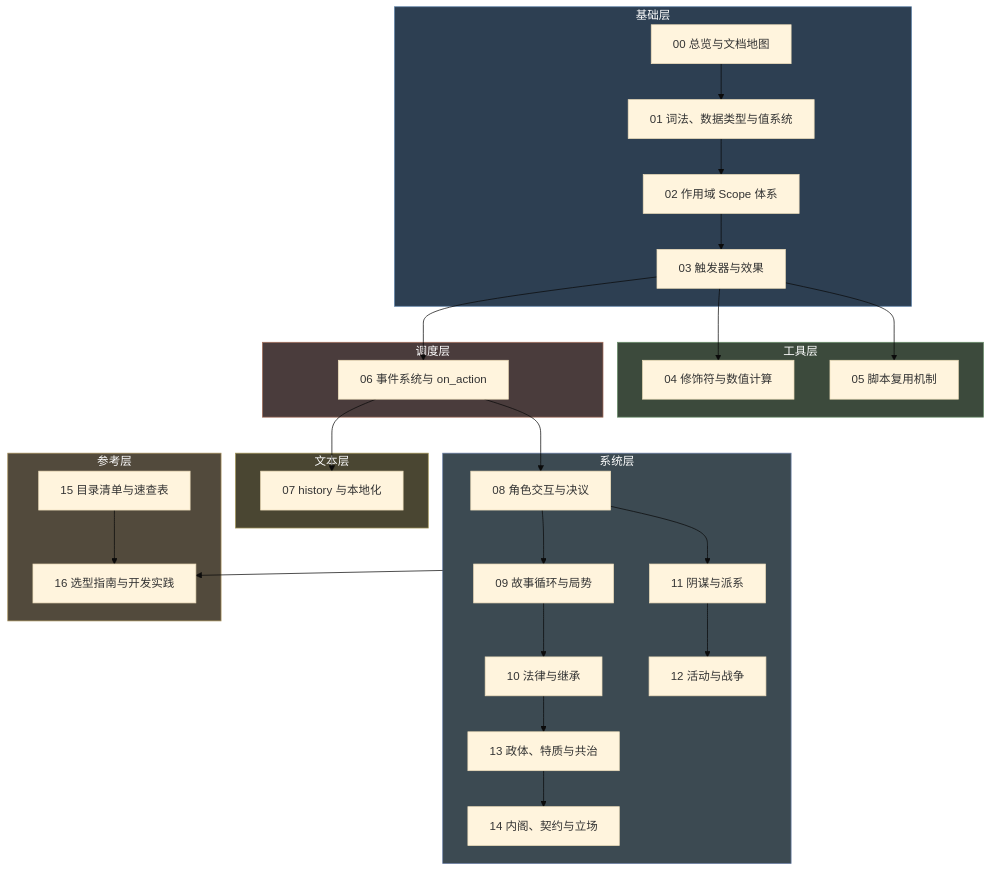
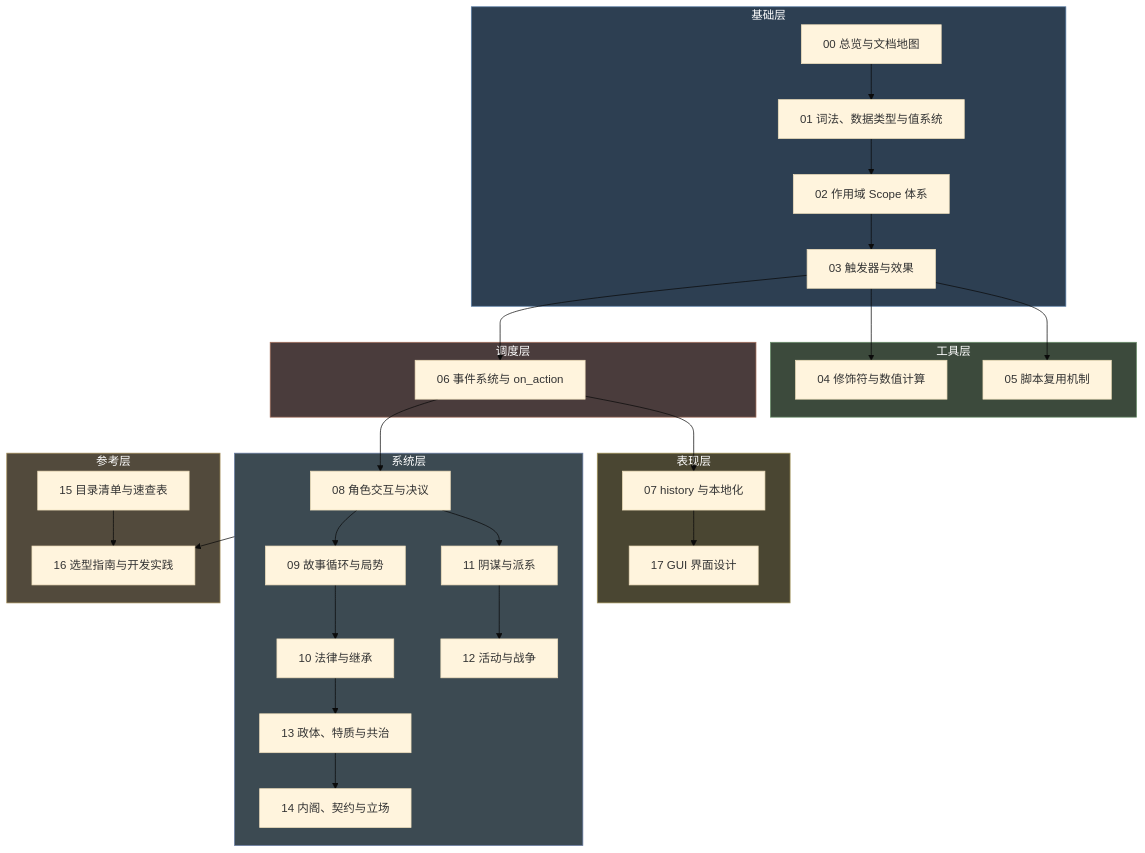
One commit to FeronCompany/ck3_for_the_realm changed the fourth of 10 diagrams in document/00-总览与文档地图.md. Above: the diagram before and after it, drawn with Mermaid (base theme). The commit also changed other lines of this file and 61 other files, not shown here.

````diff
--- a/document/00-总览与文档地图.md
+++ b/document/00-总览与文档地图.md
@@ -194,56 +194,58 @@
 ```mermaid
 graph TD
     subgraph BASE["基础层"]
         A0["00 总览与文档地图"]
         A1["01 词法、数据类型与值系统"]
         A2["02 作用域 Scope 体系"]
         A3["03 触发器与效果"]
     end
 
     subgraph TOOL["工具层"]
         B4["04 修饰符与数值计算"]
         B5["05 脚本复用机制"]
     end
 
     subgraph SCHED["调度层"]
         C6["06 事件系统与 on_action"]
     end
 
-    subgraph TEXT["文本层"]
+    subgraph TEXT["表现层"]
         D7["07 history 与本地化"]
+        D17["17 GUI 界面设计"]
     end
 
     subgraph SYS["系统层"]
         E8["08 角色交互与决议"]
         E9["09 故事循环与局势"]
         E10["10 法律与继承"]
         E11["11 阴谋与派系"]
         E12["12 活动与战争"]
         E13["13 政体、特质与共治"]
         E14["14 内阁、契约与立场"]
     end
 
     subgraph REF["参考层"]
         F15["15 目录清单与速查表"]
         F16["16 选型指南与开发实践"]
     end
 
     A0 --> A1 --> A2 --> A3
     A3 --> B4
     A3 --> B5
     A3 --> C6
     C6 --> D7
+    D7 --> D17
     C6 --> E8
     E8 --> E9 --> E10
     E8 --> E11 --> E12
     E10 --> E13 --> E14
     SYS --> F16
     F15 --> F16
 
     style BASE fill:#2d3f52,stroke:#5b7fa6,color:#fff
     style TOOL fill:#3c4a3c,stroke:#6b8f6b,color:#fff
     style SCHED fill:#4a3c3c,stroke:#a6705b,color:#fff
     style TEXT fill:#4a4632,stroke:#a6975b,color:#fff
     style SYS fill:#3c4a52,stroke:#6b7fa6,color:#fff
     style REF fill:#524a3c,stroke:#a68f5b,color:#fff
 ```
````
